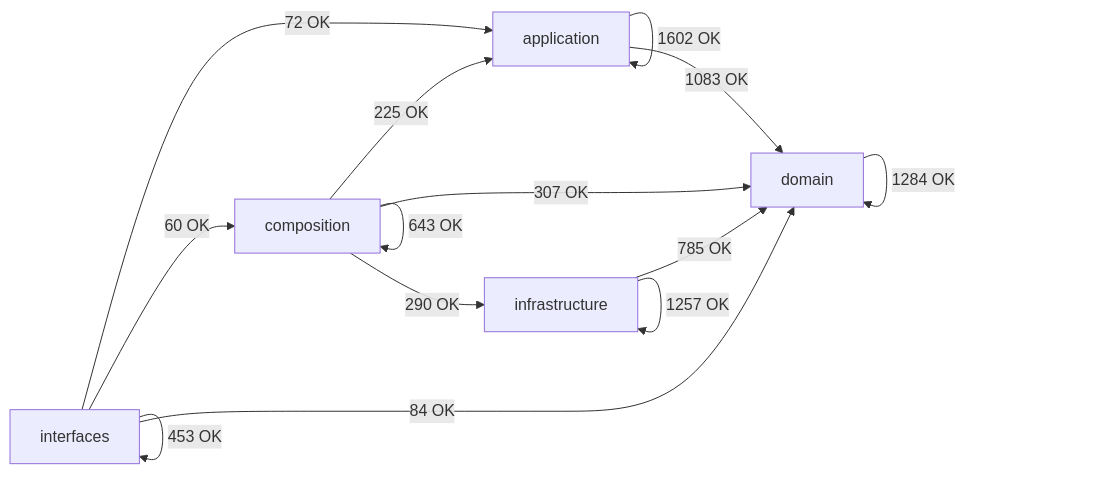
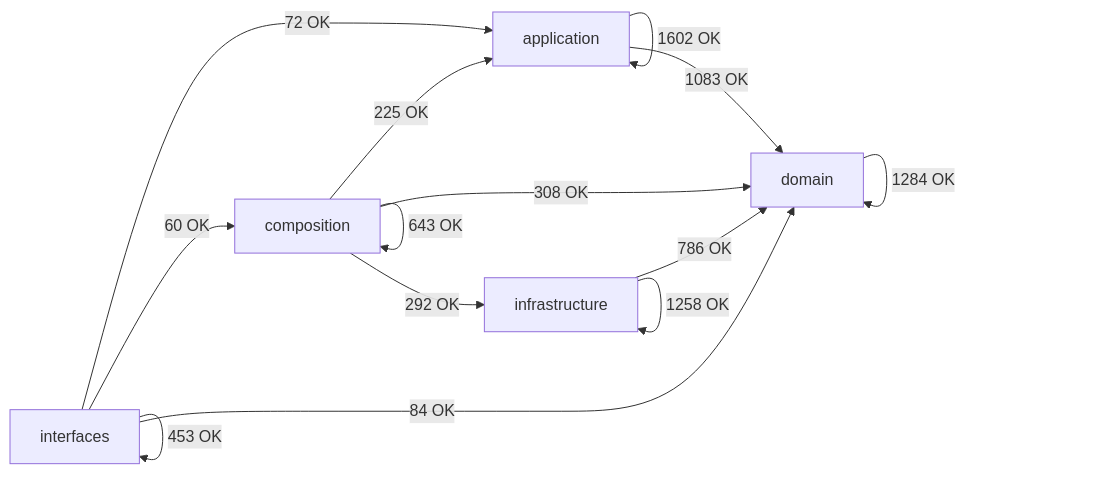
Before and after one commit to SatoryKono/BioactivityDataAcquisition: the diagram in docs/02-architecture/generated/module-dependency-map.md, drawn with Mermaid. The commit also changed other lines of this file and 25 other files, not shown here.

Commit message:
fix(rf023): restore architecture budgets and align optional eligibility

````diff
--- a/docs/02-architecture/generated/module-dependency-map.md
+++ b/docs/02-architecture/generated/module-dependency-map.md
@@ -17,21 +17,21 @@
 ```mermaid
 flowchart LR
     domain[domain]
     application[application]
     infrastructure[infrastructure]
     composition[composition]
     interfaces[interfaces]
     application -->|1602 OK| application
     application -->|1083 OK| domain
     composition -->|225 OK| application
     composition -->|643 OK| composition
-    composition -->|307 OK| domain
-    composition -->|290 OK| infrastructure
+    composition -->|308 OK| domain
+    composition -->|292 OK| infrastructure
     domain -->|1284 OK| domain
-    infrastructure -->|785 OK| domain
-    infrastructure -->|1257 OK| infrastructure
+    infrastructure -->|786 OK| domain
+    infrastructure -->|1258 OK| infrastructure
     interfaces -->|72 OK| application
     interfaces -->|60 OK| composition
     interfaces -->|84 OK| domain
     interfaces -->|453 OK| interfaces
 ```
````
